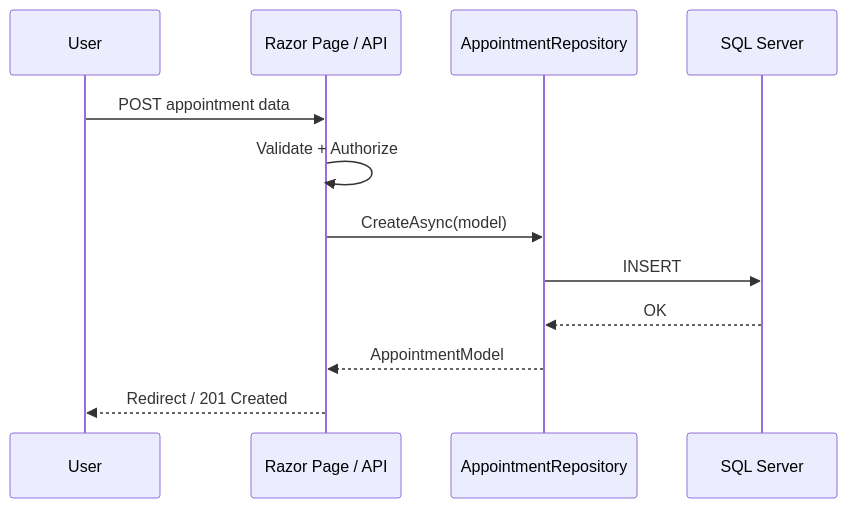
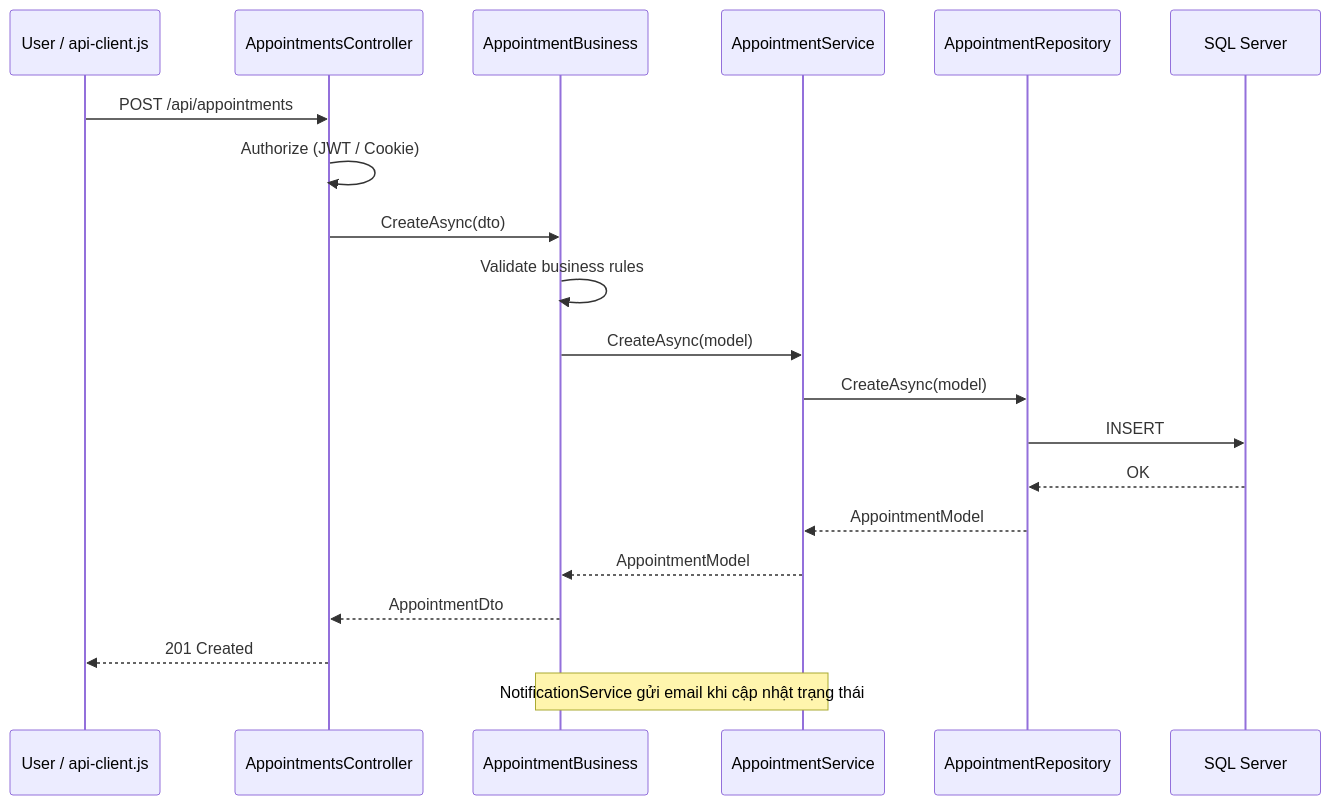
One commit to AManWhoCantCoding/Do_An_SA changed the fourth of 5 diagrams in docs/SA_REPORT.md. Above: the diagram before and after it, drawn with Mermaid. The commit also changed other lines of this file and 13 other files, not shown here.

````diff
--- a/docs/SA_REPORT.md
+++ b/docs/SA_REPORT.md
@@ -192,15 +229,23 @@
 ```mermaid
 sequenceDiagram
-    participant U as User
-    participant P as Razor Page / API
+    participant U as User / api-client.js
+    participant API as AppointmentsController
+    participant B as AppointmentBusiness
+    participant S as AppointmentService
     participant R as AppointmentRepository
     participant DB as SQL Server
 
-    U->>P: POST appointment data
-    P->>P: Validate + Authorize
-    P->>R: CreateAsync(model)
+    U->>API: POST /api/appointments
+    API->>API: Authorize (JWT / Cookie)
+    API->>B: CreateAsync(dto)
+    B->>B: Validate business rules
+    B->>S: CreateAsync(model)
+    S->>R: CreateAsync(model)
     R->>DB: INSERT
     DB-->>R: OK
-    R-->>P: AppointmentModel
-    P-->>U: Redirect / 201 Created
+    R-->>S: AppointmentModel
+    S-->>B: AppointmentModel
+    B-->>API: AppointmentDto
+    API-->>U: 201 Created
+    Note over B,S: NotificationService gửi email khi cập nhật trạng thái
 ```
````
